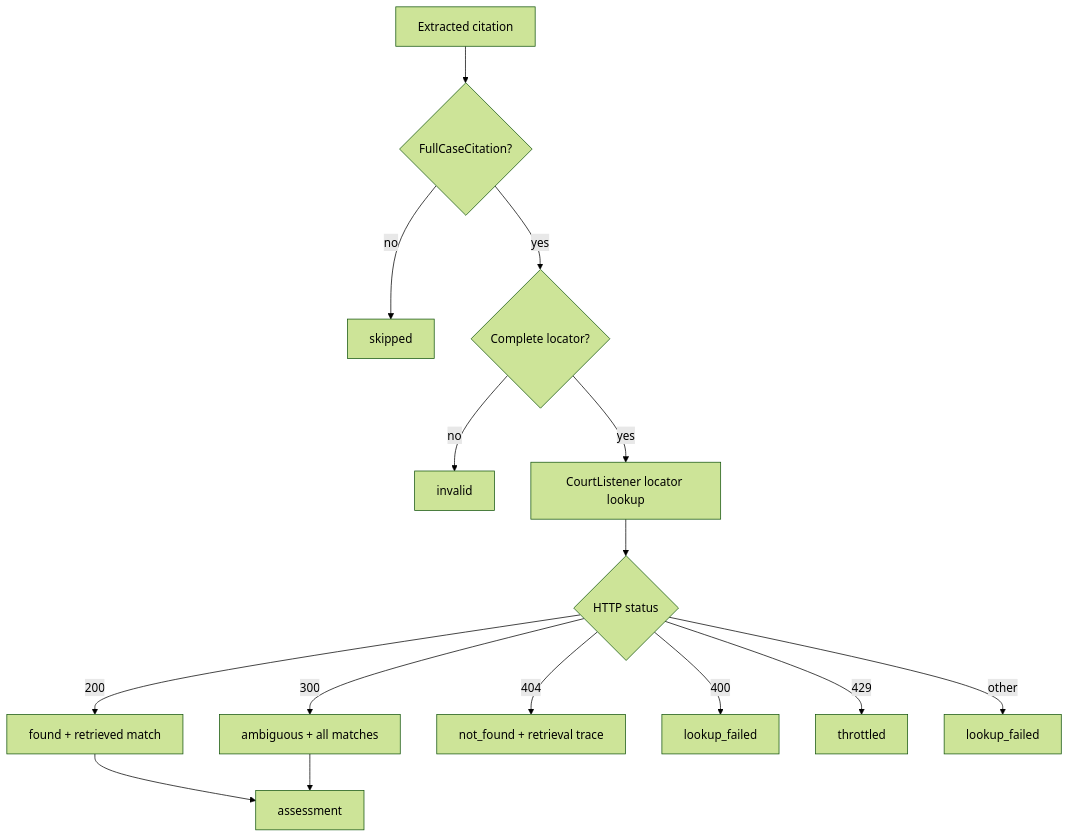
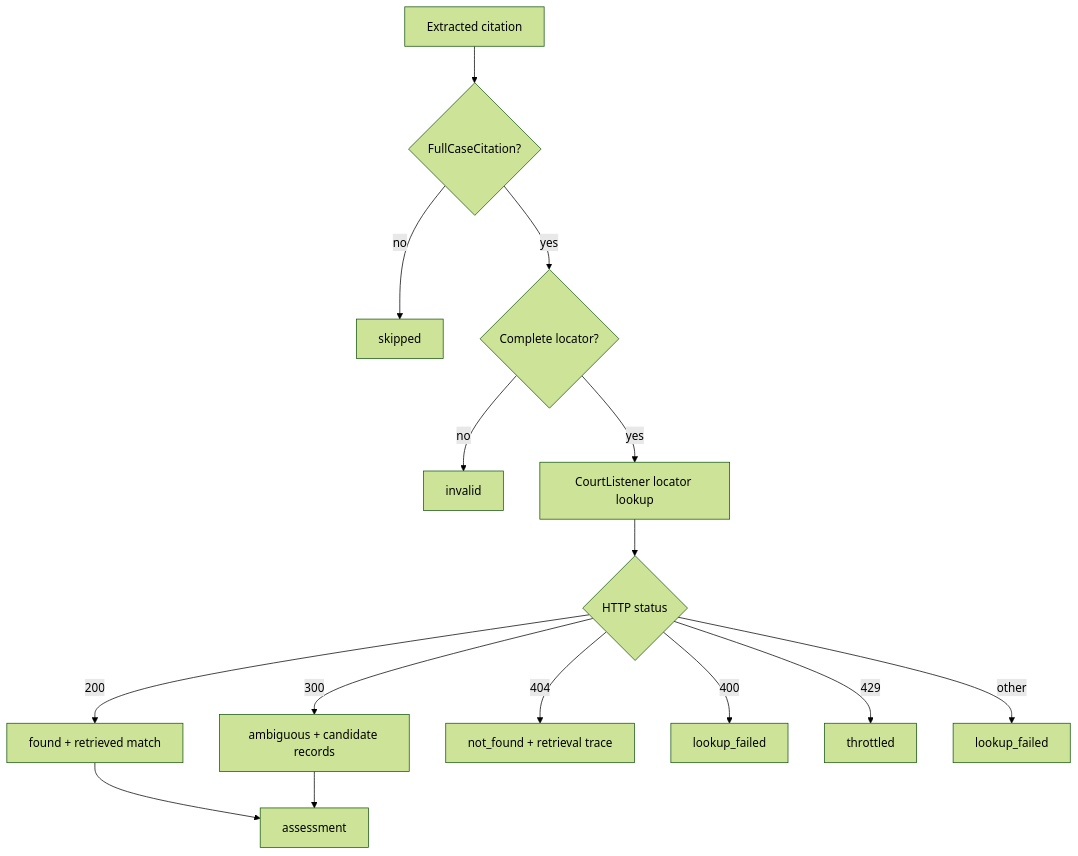
Before and after one commit to gt-csse/mellea-lrc: the diagram in docs/development/validation/index.md, drawn with Mermaid (forest theme). The commit also changed other lines of this file and 28 other files, not shown here.

````diff
--- a/docs/development/validation/index.md
+++ b/docs/development/validation/index.md
@@ -30,17 +31,17 @@
 ```mermaid
 flowchart TD
     E["Extracted citation"] --> F{"FullCaseCitation?"}
     F -->|no| SKIP["skipped"]
     F -->|yes| L{"Complete locator?"}
     L -->|no| INV["invalid"]
     L -->|yes| Q["CourtListener locator lookup"]
     Q --> S{"HTTP status"}
     S -->|200| FOUND["found + retrieved match"]
-    S -->|300| AMB["ambiguous + all matches"]
+    S -->|300| AMB["ambiguous + candidate records"]
     S -->|404| NF["not_found + retrieval trace"]
     S -->|400| BAD["lookup_failed"]
     S -->|429| THROTTLED["throttled"]
     S -->|other| FAIL["lookup_failed"]
     FOUND --> A["assessment"]
     AMB --> A
 ```
````
